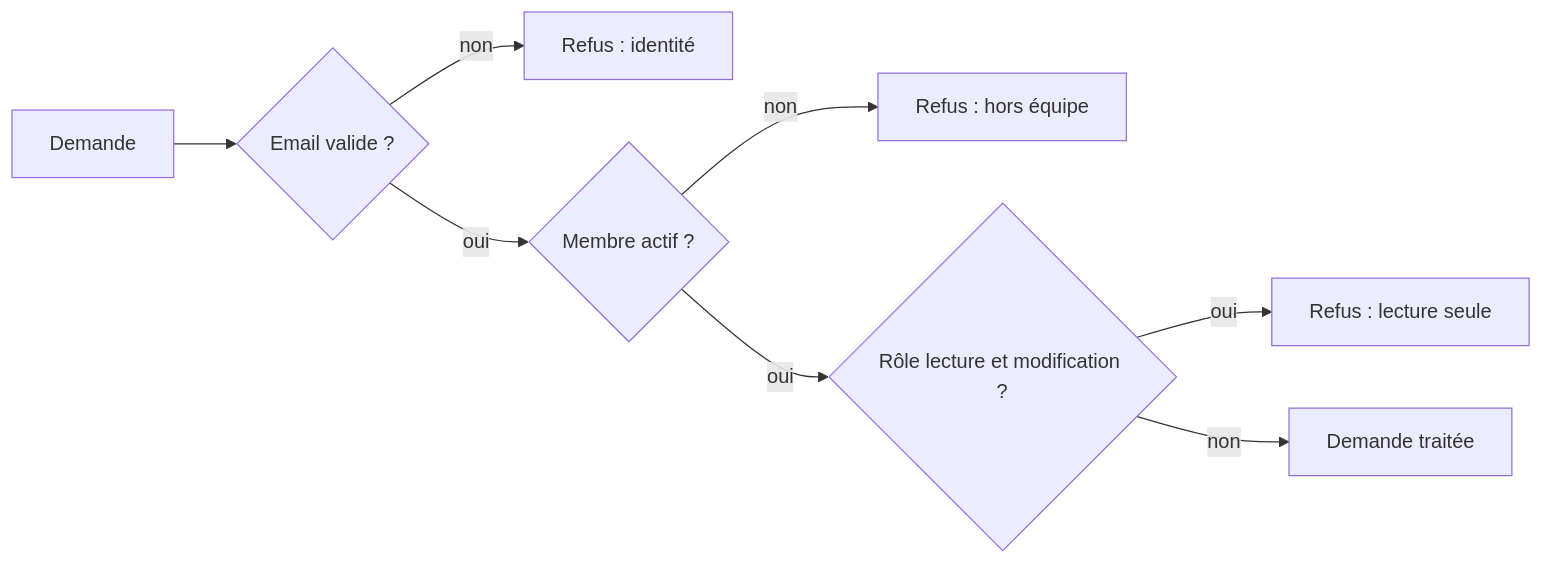
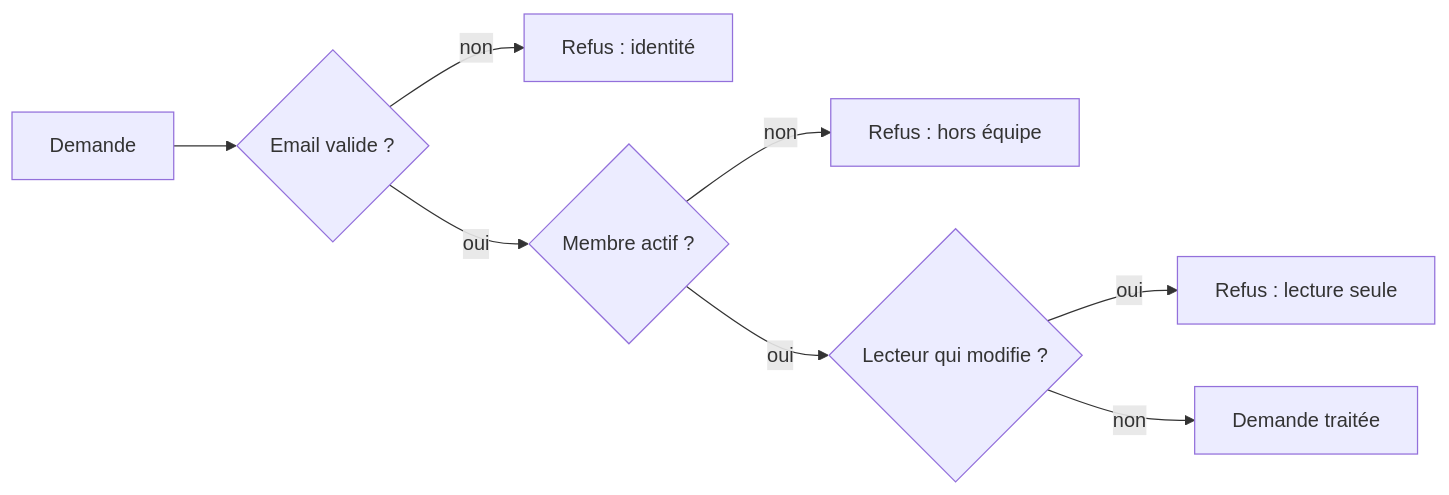
One commit to design-cpu/yeita-recrutement changed the second of 2 diagrams in hlyja/technique/api.humain.md. Above: the diagram before and after it, drawn with Mermaid. The commit also changed other lines of this file and 31 other files, not shown here.

````diff
--- a/hlyja/technique/api.humain.md
+++ b/hlyja/technique/api.humain.md
@@ -48,10 +43,10 @@
 ```mermaid
 flowchart LR
   A[Demande] --> B{Email valide ?}
   B -- non --> X[Refus : identité]
   B -- oui --> C{Membre actif ?}
   C -- non --> Y[Refus : hors équipe]
-  C -- oui --> D{Rôle lecture et modification ?}
+  C -- oui --> D{Lecteur qui modifie ?}
   D -- oui --> Z[Refus : lecture seule]
   D -- non --> E[Demande traitée]
 ```
````
